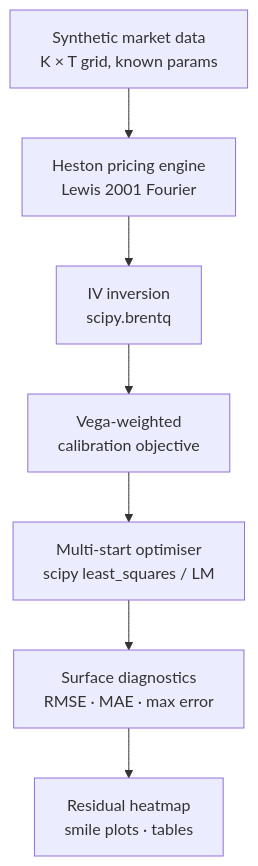
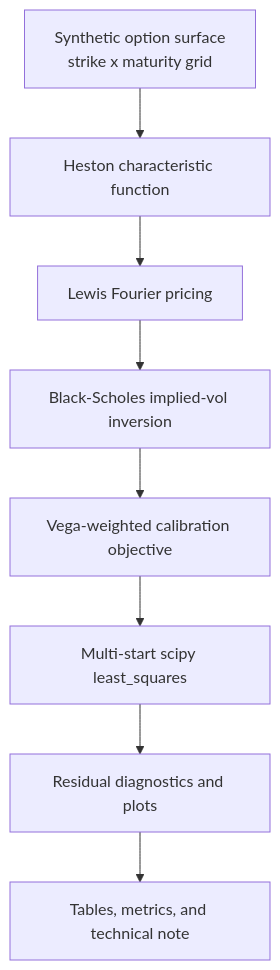
One commit to drmshoaib/heston-model-calibration changed the diagram in README.md. Above: the diagram before and after it, drawn with Mermaid. The commit also changed other lines of this file, not shown here.

Commit message:
Improve Heston README presentation

````diff
--- a/README.md
+++ b/README.md
@@ -115,9 +88,10 @@
 ```mermaid
 flowchart TB
-    A[Synthetic market data\nK × T grid, known params] --> B[Heston pricing engine\nLewis 2001 Fourier]
-    B --> C[IV inversion\nscipy.brentq]
-    C --> D[Vega-weighted\ncalibration objective]
-    D --> E[Multi-start optimiser\nscipy least_squares / LM]
-    E --> F[Surface diagnostics\nRMSE · MAE · max error]
-    F --> G[Residual heatmap\nsmile plots · tables]
+    A["Synthetic option surface<br/>strike x maturity grid"] --> B["Heston characteristic function"]
+    B --> C["Lewis Fourier pricing"]
+    C --> D["Black-Scholes implied-vol inversion"]
+    D --> E["Vega-weighted calibration objective"]
+    E --> F["Multi-start scipy least_squares"]
+    F --> G["Residual diagnostics and plots"]
+    G --> H["Tables, metrics, and technical note"]
 ```
````
